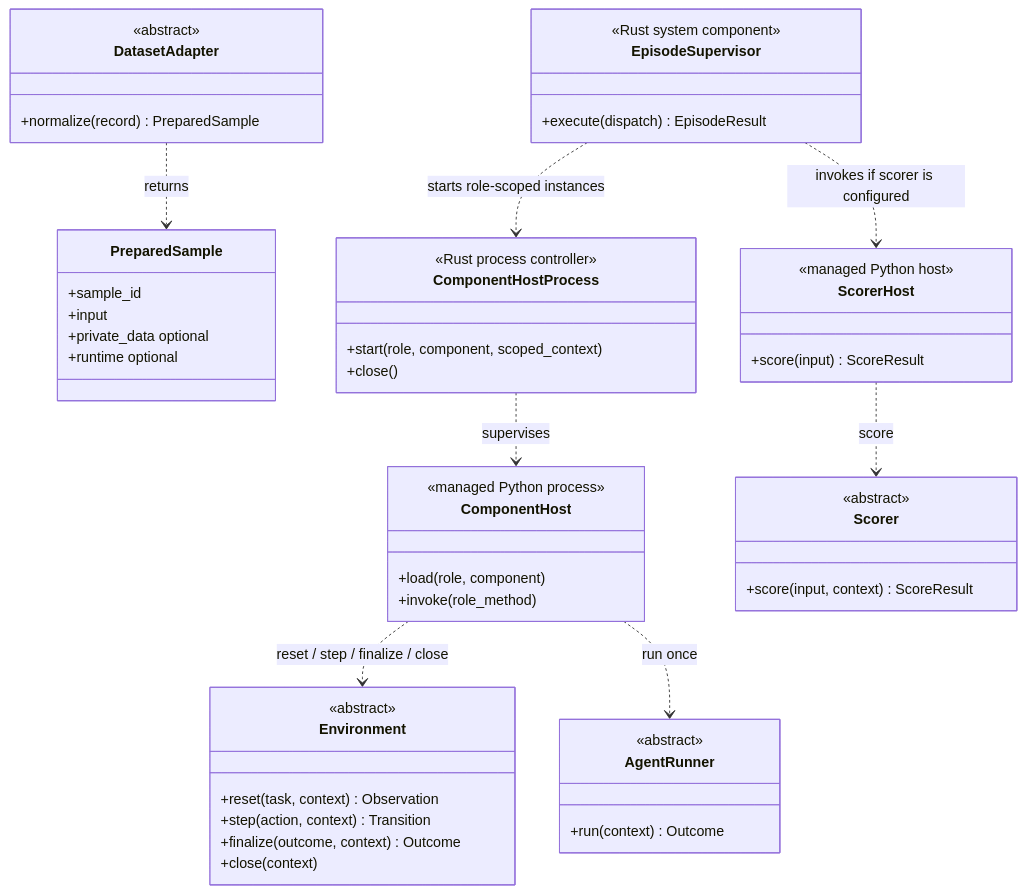
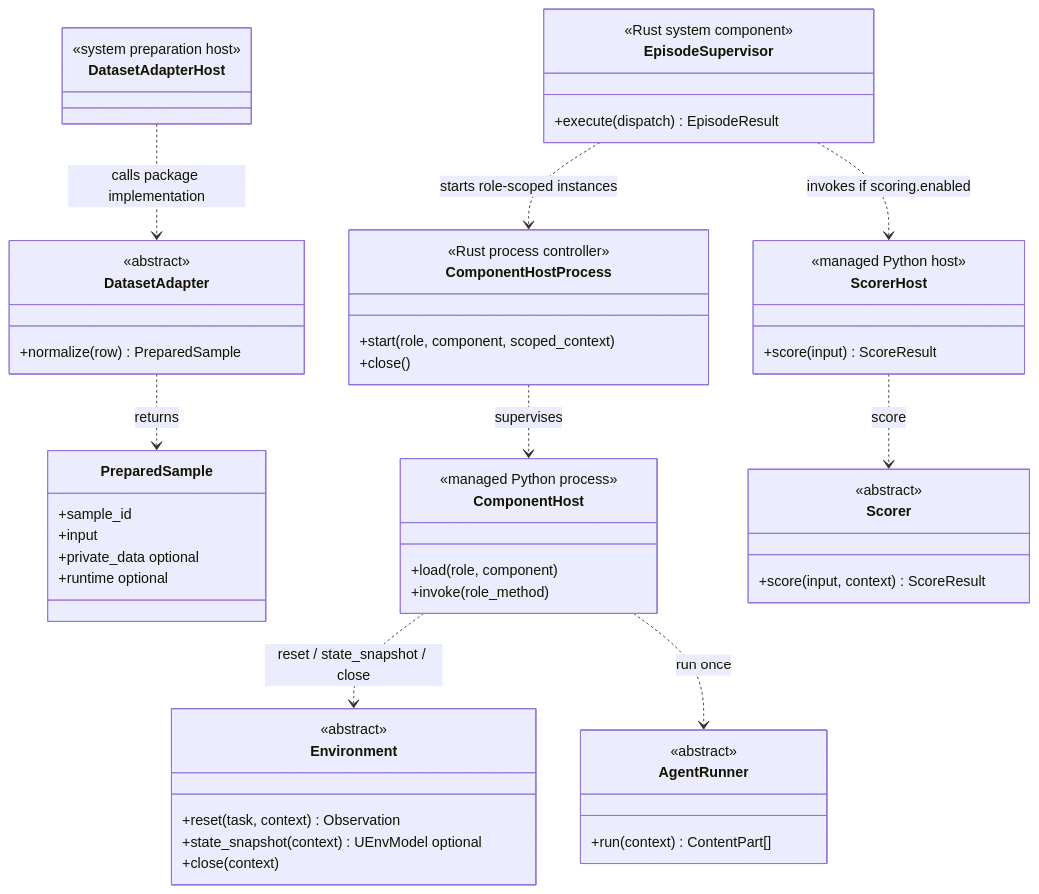
One commit to audreyyan1015/uenv_design changed the second of 5 diagrams in docs/development/reference_implementation.md. Above: the diagram before and after it, drawn with Mermaid. The commit also changed other lines of this file and 174 other files, not shown here.

````diff
--- a/docs/development/reference_implementation.md
+++ b/docs/development/reference_implementation.md
@@ -196,54 +223,57 @@
 ```mermaid
 classDiagram
   direction TB
   class DatasetAdapter {
     <<abstract>>
-    +normalize(record) PreparedSample
+    +normalize(row) PreparedSample
+  }
+  class DatasetAdapterHost {
+    <<system preparation host>>
   }
   class PreparedSample {
     +sample_id
     +input
     +private_data optional
     +runtime optional
   }
   class EpisodeSupervisor {
     <<Rust system component>>
     +execute(dispatch) EpisodeResult
   }
   class ComponentHostProcess {
     <<Rust process controller>>
     +start(role, component, scoped_context)
     +close()
   }
   class ComponentHost {
     <<managed Python process>>
     +load(role, component)
     +invoke(role_method)
   }
   class ScorerHost {
     <<managed Python host>>
     +score(input) ScoreResult
   }
   class Environment {
     <<abstract>>
     +reset(task, context) Observation
-    +step(action, context) Transition
-    +finalize(outcome, context) Outcome
+    +state_snapshot(context) UEnvModel optional
     +close(context)
   }
   class AgentRunner {
     <<abstract>>
-    +run(context) Outcome
+    +run(context) ContentPart[]
   }
   class Scorer {
     <<abstract>>
     +score(input, context) ScoreResult
   }
+  DatasetAdapterHost ..> DatasetAdapter : calls package implementation
   DatasetAdapter ..> PreparedSample : returns
   EpisodeSupervisor ..> ComponentHostProcess : starts role-scoped instances
   ComponentHostProcess ..> ComponentHost : supervises
-  EpisodeSupervisor ..> ScorerHost : invokes if scorer is configured
-  ComponentHost ..> Environment : reset / step / finalize / close
+  EpisodeSupervisor ..> ScorerHost : invokes if scoring.enabled
+  ComponentHost ..> Environment : reset / state_snapshot / close
   ComponentHost ..> AgentRunner : run once
   ScorerHost ..> Scorer : score
 ```
````
